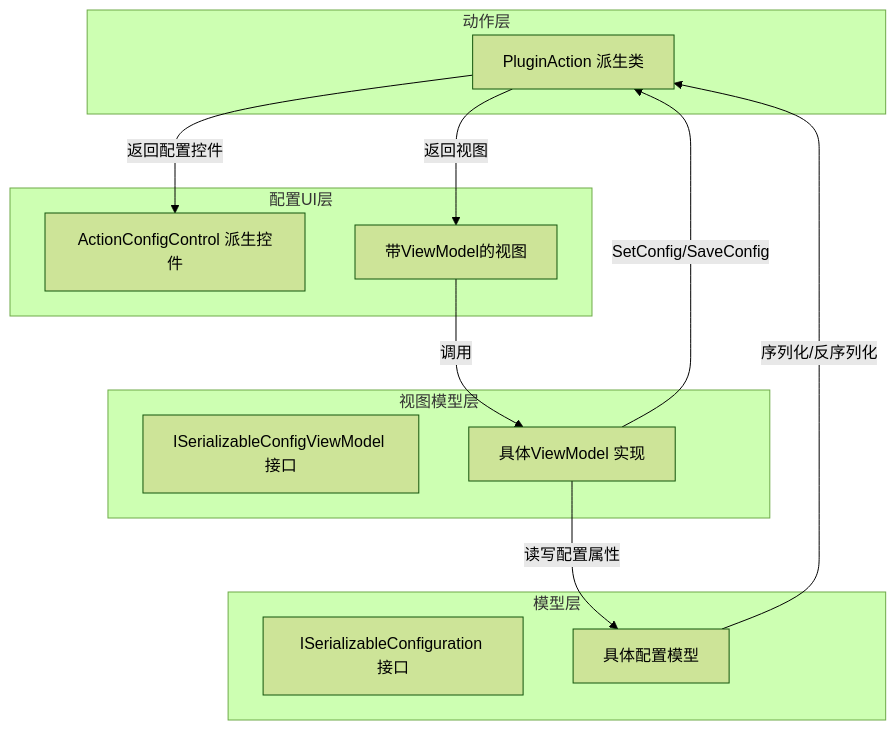
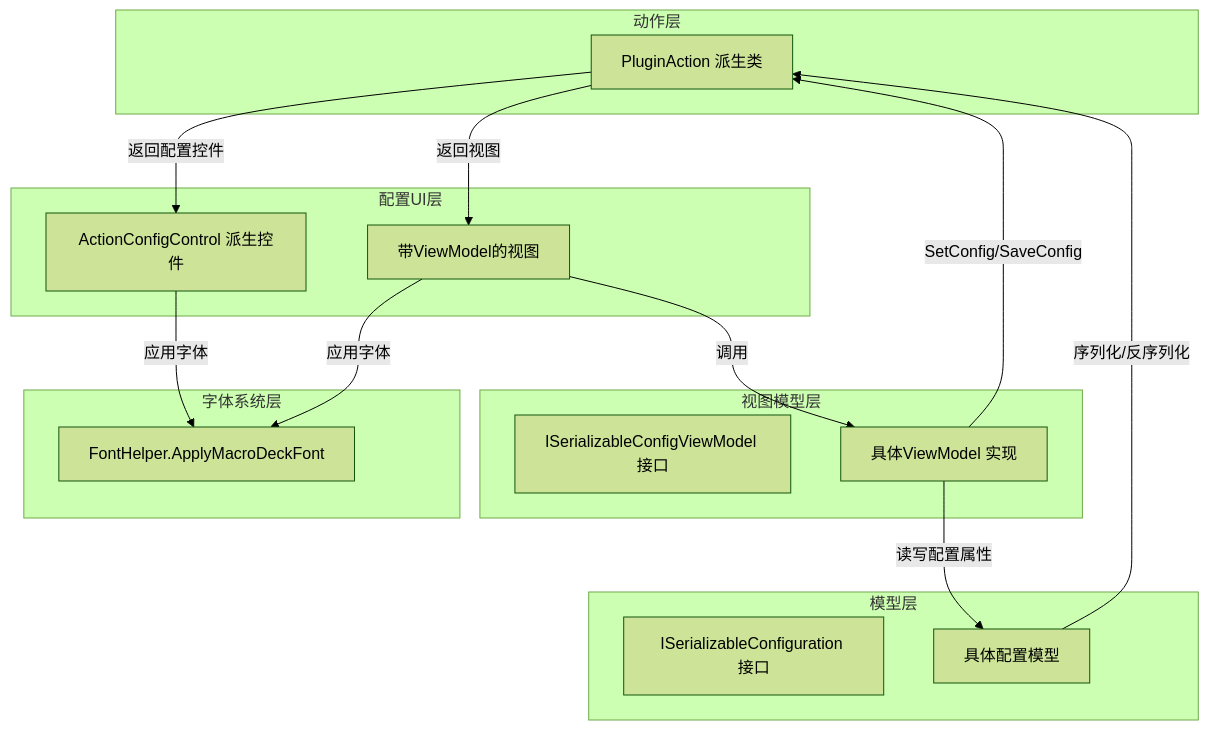
One commit to tea4go/Macro-Deck-Windows-Utils-Plugin changed the second of 18 diagrams in .qoder/repowiki/zh/content/开发者指南/GUI组件开发/GUI组件开发.md. Above: the diagram before and after it, drawn with Mermaid (forest theme). The commit also changed other lines of this file and 13 other files, not shown here.

````diff
--- a/.qoder/repowiki/zh/content/开发者指南/GUI组件开发/GUI组件开发.md
+++ b/.qoder/repowiki/zh/content/开发者指南/GUI组件开发/GUI组件开发.md
@@ -85,24 +107,29 @@
 ```mermaid
 graph TB
 subgraph "动作层"
 A1["PluginAction 派生类"]
 end
 subgraph "配置UI层"
 B1["ActionConfigControl 派生控件"]
 B2["带ViewModel的视图"]
 end
+subgraph "字体系统层"
+C1["FontHelper.ApplyMacroDeckFont"]
+end
 subgraph "视图模型层"
-C1["ISerializableConfigViewModel 接口"]
-C2["具体ViewModel 实现"]
+D1["ISerializableConfigViewModel 接口"]
+D2["具体ViewModel 实现"]
 end
 subgraph "模型层"
-D1["ISerializableConfiguration 接口"]
-D2["具体配置模型"]
+E1["ISerializableConfiguration 接口"]
+E2["具体配置模型"]
 end
 A1 --> |"返回配置控件"| B1
 A1 --> |"返回视图"| B2
-B2 --> |"调用"| C2
-C2 --> |"SetConfig/SaveConfig"| A1
-C2 --> |"读写配置属性"| D2
-D2 --> |"序列化/反序列化"| A1
+B1 --> |"应用字体"| C1
+B2 --> |"应用字体"| C1
+B2 --> |"调用"| D2
+D2 --> |"SetConfig/SaveConfig"| A1
+D2 --> |"读写配置属性"| E2
+E2 --> |"序列化/反序列化"| A1
 ```
````
